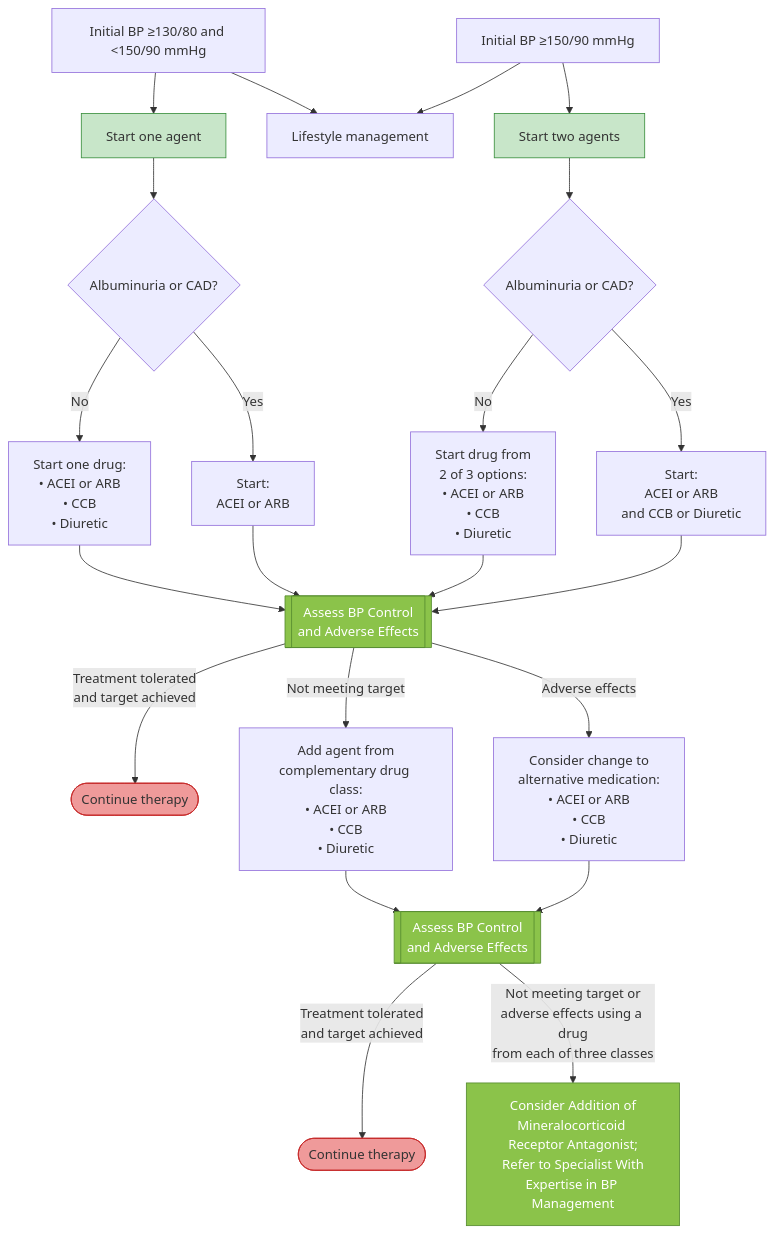
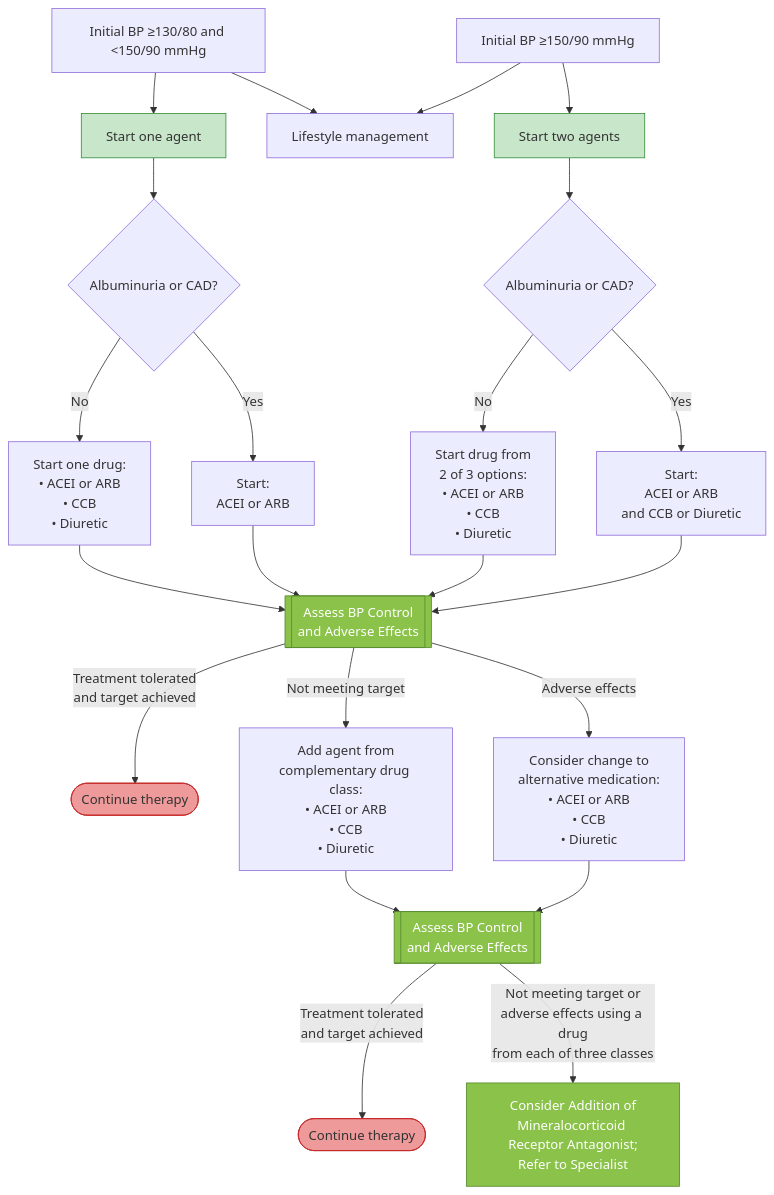
One commit to familyoh77/familyoh77 changed the third of 4 diagrams in 226_/100_-diabetes-mellitus.md. Above: the diagram before and after it, drawn with Mermaid. The commit also changed other lines of this file, not shown here.

````diff
--- a/226_/100_-diabetes-mellitus.md
+++ b/226_/100_-diabetes-mellitus.md
@@ -508,38 +552,32 @@
 ```mermaid
 graph TD
     A["Initial BP ≥130/80 and <150/90 mmHg"] --> B["Start one agent"]
     A --> C["Lifestyle management"]
     D["Initial BP ≥150/90 mmHg"] --> E["Start two agents"]
     D --> C
     B --> F{"Albuminuria or CAD?"}
     E --> G{"Albuminuria or CAD?"}
-
     F -->|No| H["Start one drug:\n• ACEI or ARB\n• CCB\n• Diuretic"]
     F -->|Yes| I["Start:\nACEI or ARB"]
-
     G -->|No| J["Start drug from\n2 of 3 options:\n• ACEI or ARB\n• CCB\n• Diuretic"]
     G -->|Yes| K["Start:\nACEI or ARB\nand CCB or Diuretic"]
-
     H --> L[["Assess BP Control\nand Adverse Effects"]]
     I --> L
     J --> L
     K --> L
-
     L -->|Treatment tolerated\nand target achieved| M(["Continue therapy"])
     L -->|Not meeting target| N["Add agent from\ncomplementary drug class:\n• ACEI or ARB\n• CCB\n• Diuretic"]
     L -->|Adverse effects| O["Consider change to\nalternative medication:\n• ACEI or ARB\n• CCB\n• Diuretic"]
-
     N --> P[["Assess BP Control\nand Adverse Effects"]]
     O --> P
-
     P -->|Treatment tolerated\nand target achieved| Q(["Continue therapy"])
-    P -->|"Not meeting target or\nadverse effects using a drug\nfrom each of three classes"| R["Consider Addition of\nMineralocorticoid Receptor Antagonist;\nRefer to Specialist With\nExpertise in BP Management"]
+    P -->|"Not meeting target or\nadverse effects using a drug\nfrom each of three classes"| R["Consider Addition of\nMineralocorticoid Receptor Antagonist;\nRefer to Specialist"]
 
     style B fill:#c8e6c9,stroke:#388e3c
     style E fill:#c8e6c9,stroke:#388e3c
     style L fill:#8bc34a,stroke:#558b2f,color:#fff
     style P fill:#8bc34a,stroke:#558b2f,color:#fff
     style M fill:#ef9a9a,stroke:#c62828
     style Q fill:#ef9a9a,stroke:#c62828
     style R fill:#8bc34a,stroke:#558b2f,color:#fff
 ```
````
